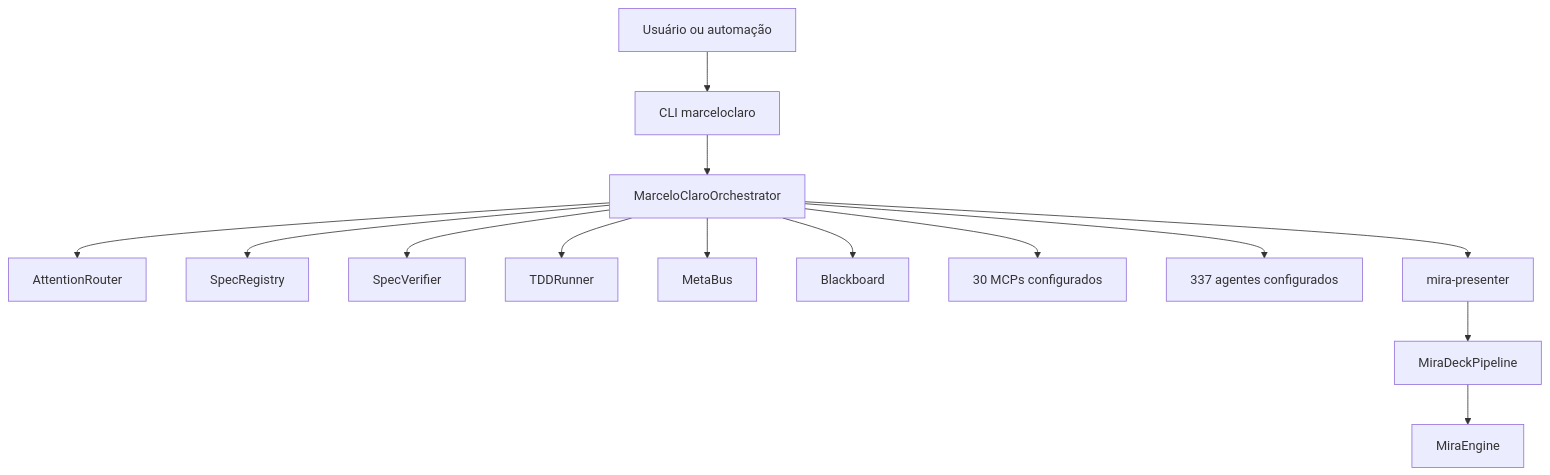
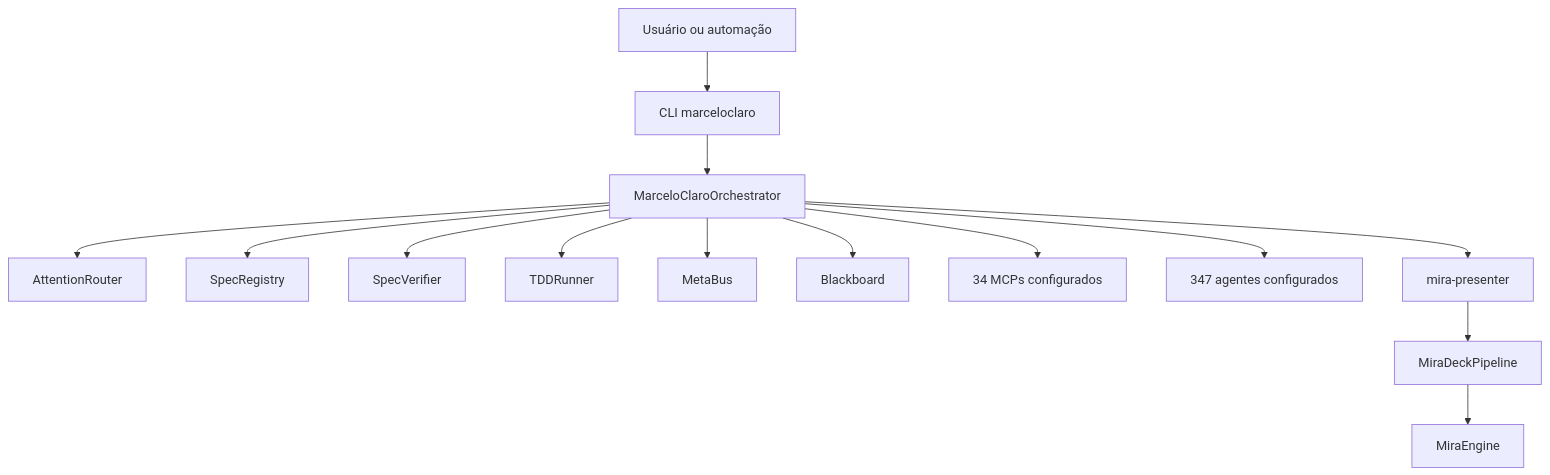
Before and after one commit to MarceloClaro/opencode-ecosystem-core: the third of 29 diagrams in README.md, drawn with Mermaid. The commit also changed other lines of this file and 6 other files, not shown here.

````diff
--- a/README.md
+++ b/README.md
@@ -1130,16 +1250,16 @@
 ```mermaid
 flowchart TB
     Usuario2[Usuário ou automação] --> CLI2[CLI marceloclaro]
     CLI2 --> Orq2[MarceloClaroOrchestrator]
     Orq2 --> Router[AttentionRouter]
     Orq2 --> SpecRegistry2[SpecRegistry]
     Orq2 --> SpecVerifier2[SpecVerifier]
     Orq2 --> TDDRunner2[TDDRunner]
     Orq2 --> MetaBus2[MetaBus]
     Orq2 --> Blackboard2[Blackboard]
-    Orq2 --> MCP2[30 MCPs configurados]
-    Orq2 --> Agents2[337 agentes configurados]
+    Orq2 --> MCP2[34 MCPs configurados]
+    Orq2 --> Agents2[347 agentes configurados]
     Orq2 --> Mira2[mira-presenter]
     Mira2 --> Deck2[MiraDeckPipeline]
     Deck2 --> Engine2[MiraEngine]
 ```
````
